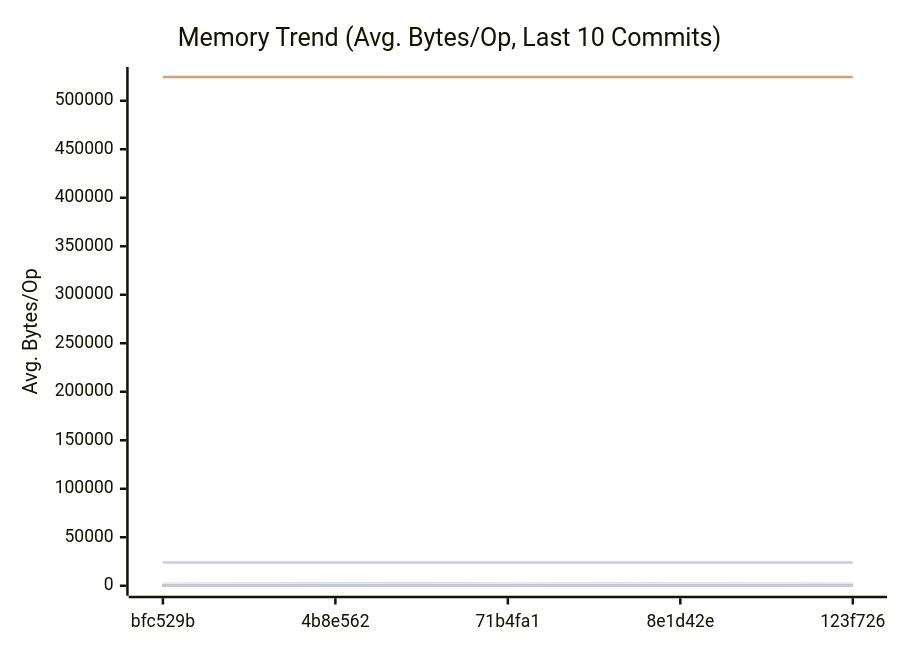
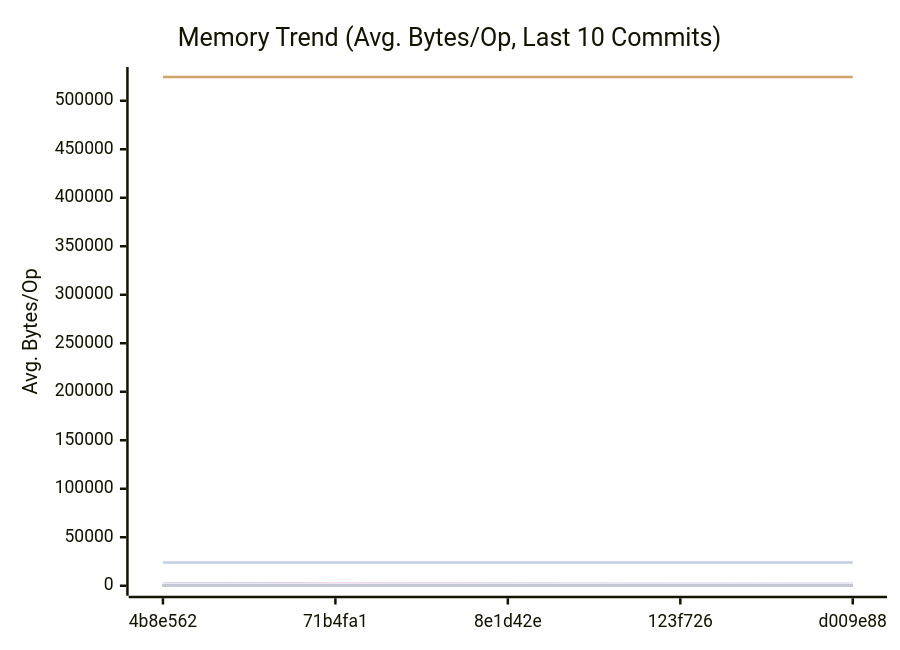
The second of 3 diagrams in docs/PERFORMANCE.md (alsotoes/momo), drawn with Mermaid before and after one commit. The commit also changed other lines of this file and 4 other files, not shown here.

````diff
--- a/docs/PERFORMANCE.md
+++ b/docs/PERFORMANCE.md
@@ -310,44 +310,44 @@
 ```mermaid
 xychart-beta
     title "Memory Trend (Avg. Bytes/Op, Last 10 Commits)"
     x-axis "Commit"
     y-axis "Avg. Bytes/Op"
-    x-axis [bfc529b,4b8e562,71b4fa1,8e1d42e,123f726]
-    line "AWSChunkedReaderSigned" [92,114,90,112,123,120,108,126,118,88]
-    line "AWSChunkedReaderUnsigned" [96,115,92,106,128,114,131,113,112,99]
+    x-axis [4b8e562,71b4fa1,8e1d42e,123f726,d009e88]
+    line "AWSChunkedReaderSigned" [114,90,112,123,120,108,126,118,88,161]
+    line "AWSChunkedReaderUnsigned" [115,92,106,128,114,131,113,112,99,161]
     line "CheckMetricsAndSwap" [0,0,0,0,0,0,0,0,0,0]
     line "CrushOptimized" [0,0,0,0,0,0,0,0,0,0]
     line "CrushOriginal" [164,164,164,164,164,164,164,164,164,164]
-    line "FormatListObjectsV2XML_AppendFormat" [524497,524459,524497,524456,524462,524471,524446,524472,524454,524455]
+    line "FormatListObjectsV2XML_AppendFormat" [524459,524497,524456,524462,524471,524446,524472,524454,524455,524439]
     line "FormatListObjectsV2XML_OldFormat" [24000,24000,24000,24000,24000,24000,24000,24000,24000,24000]
-    line "HashBytes/1MiB" [262,228,187,211,243,290,192,235,210,295]
-    line "HashBytes/256MiB" [209,197,179,222,256,223,299,222,227,257]
-    line "HashBytes/64MiB" [218,199,187,197,314,223,223,195,242,298]
-    line "HashFile/1MiB" [193,211,183,208,265,220,288,221,243,239]
-    line "HashFile/256MiB" [186,204,182,225,228,267,242,219,218,259]
-    line "HashFile/64MiB" [189,169,196,188,233,279,243,223,234,270]
+    line "HashBytes/1MiB" [228,187,211,243,290,192,235,210,295,265]
+    line "HashBytes/256MiB" [197,179,222,256,223,299,222,227,257,282]
+    line "HashBytes/64MiB" [199,187,197,314,223,223,195,242,298,280]
+    line "HashFile/1MiB" [211,183,208,265,220,288,221,243,239,312]
+    line "HashFile/256MiB" [204,182,225,228,267,242,219,218,259,338]
+    line "HashFile/64MiB" [169,196,188,233,279,243,223,234,270,336]
     line "IndexDirectTracking" [0,0,0,0,0,0,0,0,0,0]
     line "IndexSearch" [0,0,0,0,0,0,0,0,0,0]
     line "LastModifiedHeader_AppendFormat" [0,0,0,0,0,0,0,0,0,0]
-    line "LastModifiedHeader_Format" [0,32,32,32,32,32,32,32,32,32]
+    line "LastModifiedHeader_Format" [32,32,32,32,32,32,32,32,32,32]
     line "LoadGlobalConfig" [1976,1976,1976,1976,1976,1976,1976,1976,1976,1976]
-    line "LocalWrite/1MiB" [1670,2035,1605,1690,1878,2000,2141,1920,2442,1282]
-    line "LocalWrite/256MiB" [1901,2016,1569,1965,2213,2198,2074,2231,2163,1698]
-    line "LocalWrite/64MiB" [1696,1940,1626,1869,1996,2347,2291,2205,2167,1927]
+    line "LocalWrite/1MiB" [2035,1605,1690,1878,2000,2141,1920,2442,1282,1458]
+    line "LocalWrite/256MiB" [2016,1569,1965,2213,2198,2074,2231,2163,1698,2231]
+    line "LocalWrite/64MiB" [1940,1626,1869,1996,2347,2291,2205,2167,1927,2401]
     line "PadString" [64,64,64,64,64,64,64,64,64,64]
     line "ParseReplicationOrder_NoPrealloc" [408,408,408,408,408,248,248,248,248,248]
     line "ParseReplicationOrder_Prealloc" [240,240,240,240,240,80,80,80,80,80]
     line "Placement" [352,352,352,352,352,352,352,352,352,352]
     line "PlacementDomainSpread" [352,352,352,352,352,352,352,352,352,352]
-    line "ReadVerify/1MiB" [180,264,197,219,269,310,206,206,214,172]
-    line "ReadVerify/256MiB" [189,215,198,201,243,229,259,238,281,190]
-    line "ReadVerify/64MiB" [196,211,199,193,258,279,238,217,213,200]
-    line "S3PutSpool/1MiB" [159,188,171,198,188,188,261,207,221,160]
-    line "S3PutSpool/256MiB" [187,250,173,207,211,206,216,178,219,235]
-    line "S3PutSpool/64MiB" [172,246,185,193,227,211,189,243,247,177]
+    line "ReadVerify/1MiB" [264,197,219,269,310,206,206,214,172,334]
+    line "ReadVerify/256MiB" [215,198,201,243,229,259,238,281,190,268]
+    line "ReadVerify/64MiB" [211,199,193,258,279,238,217,213,200,313]
+    line "S3PutSpool/1MiB" [188,171,198,188,188,261,207,221,160,277]
+    line "S3PutSpool/256MiB" [250,173,207,211,206,216,178,219,235,247]
+    line "S3PutSpool/64MiB" [246,185,193,227,211,189,243,247,177,273]
     line "SanitizeLog/Safe" [0,0,0,0,0,0,0,0,0,0]
     line "SanitizeLog/Unsafe" [704,704,704,704,704,704,704,704,704,704]
-    line "TrustedRead/1MiB" [197,199,189,186,225,283,294,223,233,286]
-    line "TrustedRead/256MiB" [208,241,183,260,229,250,288,250,265,163]
-    line "TrustedRead/64MiB" [219,231,178,227,239,258,271,256,267,198]
+    line "TrustedRead/1MiB" [199,189,186,225,283,294,223,233,286,297]
+    line "TrustedRead/256MiB" [241,183,260,229,250,288,250,265,163,303]
+    line "TrustedRead/64MiB" [231,178,227,239,258,271,256,267,198,308]
 ```
````
